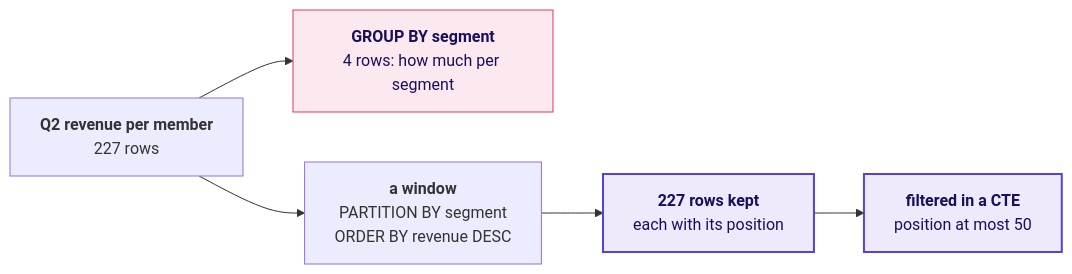
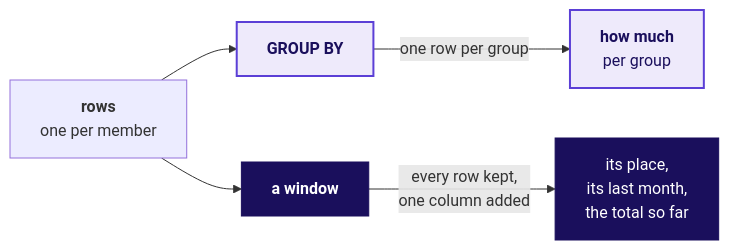
One commit to fde-academy-lab/c2-content-factory changed the diagram in content/W02/D3/cheatsheets/C2_W02_D03_windows_STUDENT.md. Above: the diagram before and after it, drawn with Mermaid. The commit also changed other lines of this file and 7 other files, not shown here.

````diff
--- a/content/W02/D3/cheatsheets/C2_W02_D03_windows_STUDENT.md
+++ b/content/W02/D3/cheatsheets/C2_W02_D03_windows_STUDENT.md
@@ -9,11 +9,11 @@
 ```mermaid
 flowchart LR
-    R["<b>Q2 revenue per member</b><br/>227 rows"] --> G["<b>GROUP BY segment</b><br/>4 rows: how much per segment"]
-    R --> W["<b>a window</b><br/>PARTITION BY segment<br/>ORDER BY revenue DESC"]
-    W --> K["<b>227 rows kept</b><br/>each with its position"]
-    K --> F["<b>filtered in a CTE</b><br/>position at most 50"]
+    R["<b>rows</b><br/>one per member"] --> G["<b>GROUP BY</b>"]
+    R --> W["<b>a window</b>"]
+    G -->|"one row per group"| A["<b>how much</b><br/>per group"]
+    W -->|"every row kept,<br/>one column added"| B["its place,<br/>its last month,<br/>the total so far"]
+    classDef bet fill:#1A0F5C,stroke:#1A0F5C,color:#FFFFFF
     classDef known fill:#EEEAFB,stroke:#5B3FD6,color:#1A0F5C,stroke-width:2px
-    classDef bad fill:#FBE9EF,stroke:#D63A6A,color:#1A0F5C
-    class G bad
-    class K,F known
+    class W,B bet
+    class G,A known
 ```
````
